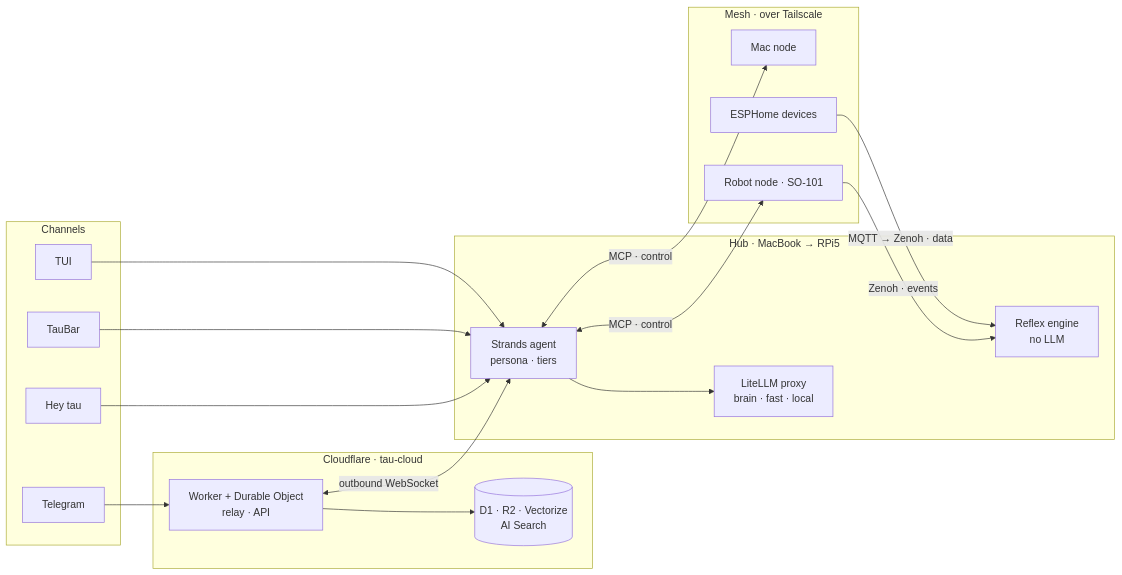
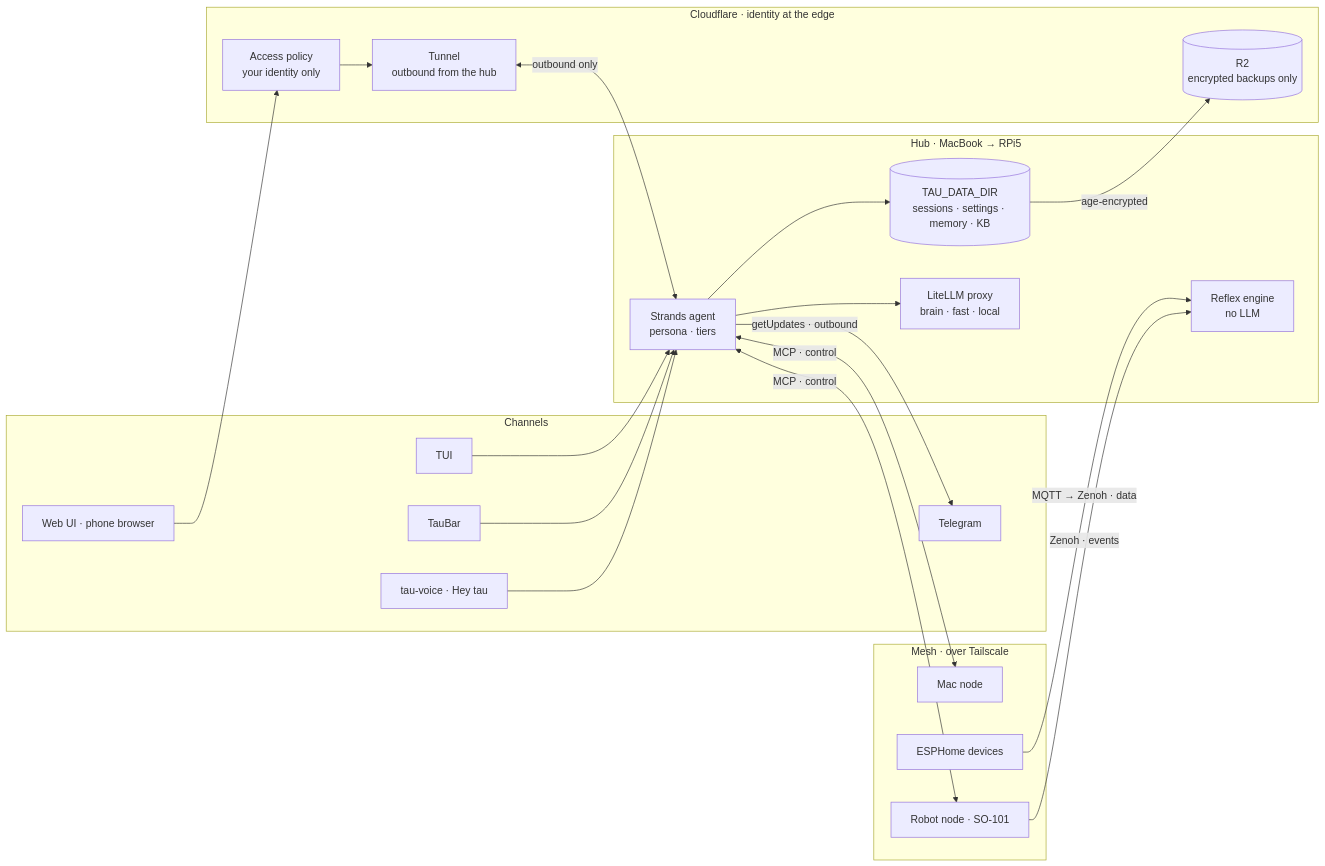
Before and after one commit to fport/tau: the diagram in README.md, drawn with Mermaid. The commit also changed other lines of this file and 40 other files, not shown here.

First line of the commit message:
docs(roadmap): rewrite layer 3 as Access and data and add the private-first issues

````diff
--- a/README.md
+++ b/README.md
@@ -40,38 +40,42 @@
 ```mermaid
 flowchart LR
   subgraph channels["Channels"]
     tg["Telegram"]
     tui["TUI"]
+    web["Web UI · phone browser"]
     bar["TauBar"]
-    voice["Hey tau"]
+    voice["tau-voice · Hey tau"]
   end
 
-  subgraph cloud["Cloudflare · tau-cloud"]
-    worker["Worker + Durable Object<br/>relay · API"]
-    state[("D1 · R2 · Vectorize<br/>AI Search")]
+  subgraph edge["Cloudflare · identity at the edge"]
+    access["Access policy<br/>your identity only"]
+    tunnel["Tunnel<br/>outbound from the hub"]
+    r2[("R2<br/>encrypted backups only")]
   end
 
   subgraph hub["Hub · MacBook → RPi5"]
     agent["Strands agent<br/>persona · tiers"]
+    data[("TAU_DATA_DIR<br/>sessions · settings · memory · KB")]
     reflex["Reflex engine<br/>no LLM"]
     proxy["LiteLLM proxy<br/>brain · fast · local"]
   end
 
   subgraph mesh["Mesh · over Tailscale"]
     macnode["Mac node"]
     robot["Robot node · SO-101"]
     esp["ESPHome devices"]
   end
 
-  tg --> worker
-  worker <-->|"outbound WebSocket"| agent
-  worker --> state
+  agent -->|"getUpdates · outbound"| tg
+  web --> access --> tunnel <-->|"outbound only"| agent
   tui --> agent
   bar --> agent
   voice --> agent
+  agent --> data
+  data -->|"age-encrypted"| r2
   agent --> proxy
   agent <-->|"MCP · control"| macnode
   agent <-->|"MCP · control"| robot
   esp -->|"MQTT → Zenoh · data"| reflex
   robot -->|"Zenoh · events"| reflex
 ```
````
